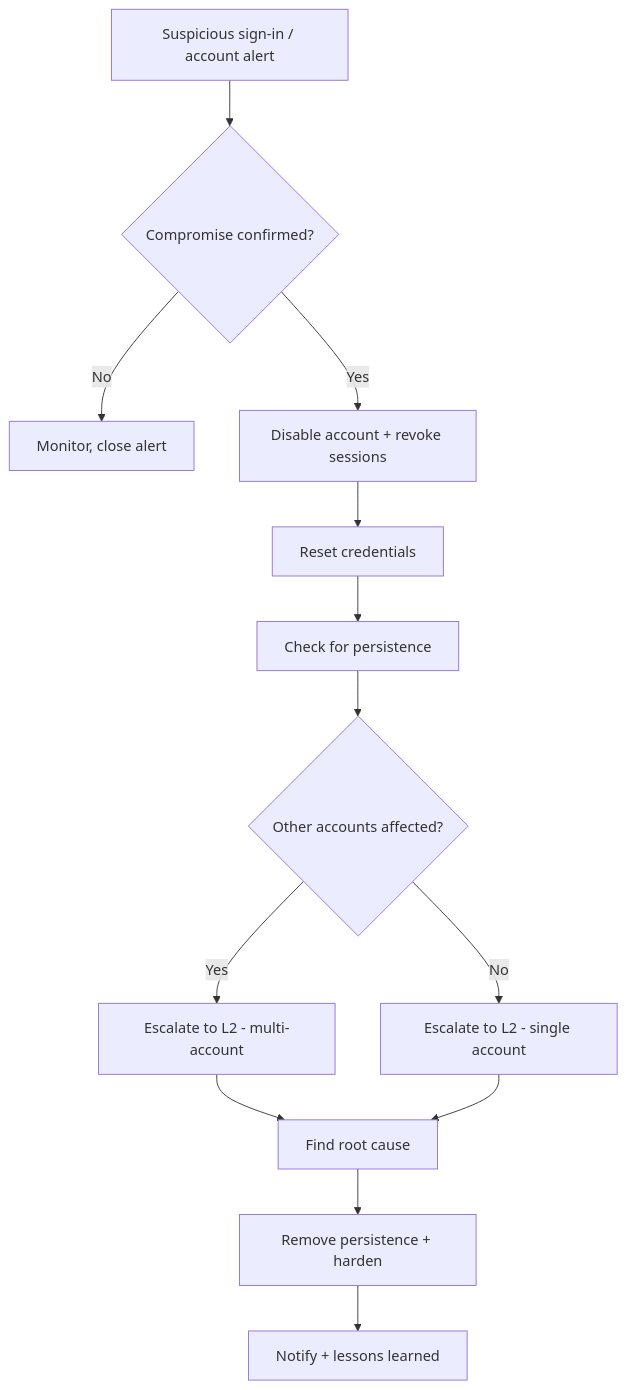
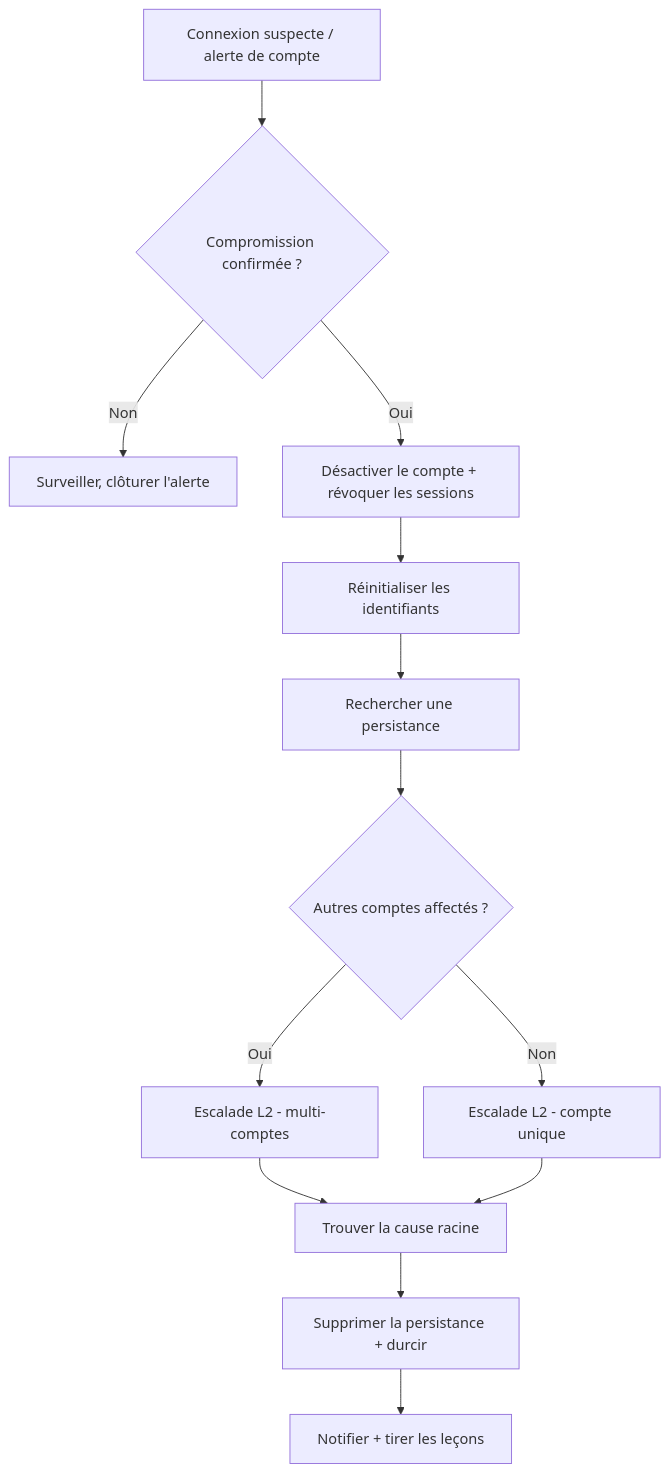
One commit to MiracleDvm/ir-firstline changed the diagram in docs/fr/runbooks/account-compromise.md. Above: the diagram before and after it, drawn with Mermaid. The commit also changed 11 other files, not shown here.

Commit message:
Translate Mermaid decision tree labels into French on all FR runbooks

````diff
--- a/docs/fr/runbooks/account-compromise.md
+++ b/docs/fr/runbooks/account-compromise.md
@@ -28,15 +28,15 @@
 ```mermaid
 flowchart TD
-    A[Suspicious sign-in / account alert] --> B{Compromise confirmed?}
-    B -->|No| C[Monitor, close alert]
-    B -->|Yes| D[Disable account + revoke sessions]
-    D --> E[Reset credentials]
-    E --> F[Check for persistence]
-    F --> G{Other accounts affected?}
-    G -->|Yes| H[Escalate to L2 - multi-account]
-    G -->|No| I[Escalate to L2 - single account]
-    H --> J[Find root cause]
+    A[Connexion suspecte / alerte de compte] --> B{Compromission confirmée ?}
+    B -->|Non| C[Surveiller, clôturer l'alerte]
+    B -->|Oui| D[Désactiver le compte + révoquer les sessions]
+    D --> E[Réinitialiser les identifiants]
+    E --> F[Rechercher une persistance]
+    F --> G{Autres comptes affectés ?}
+    G -->|Oui| H[Escalade L2 - multi-comptes]
+    G -->|Non| I[Escalade L2 - compte unique]
+    H --> J[Trouver la cause racine]
     I --> J
-    J --> K[Remove persistence + harden]
-    K --> L[Notify + lessons learned]
+    J --> K[Supprimer la persistance + durcir]
+    K --> L[Notifier + tirer les leçons]
 ```
````
